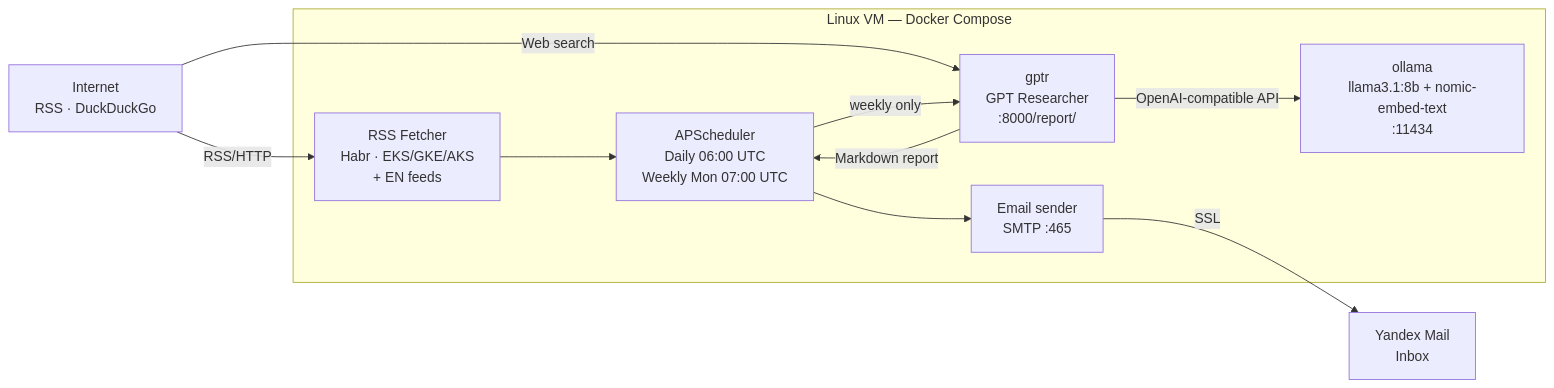
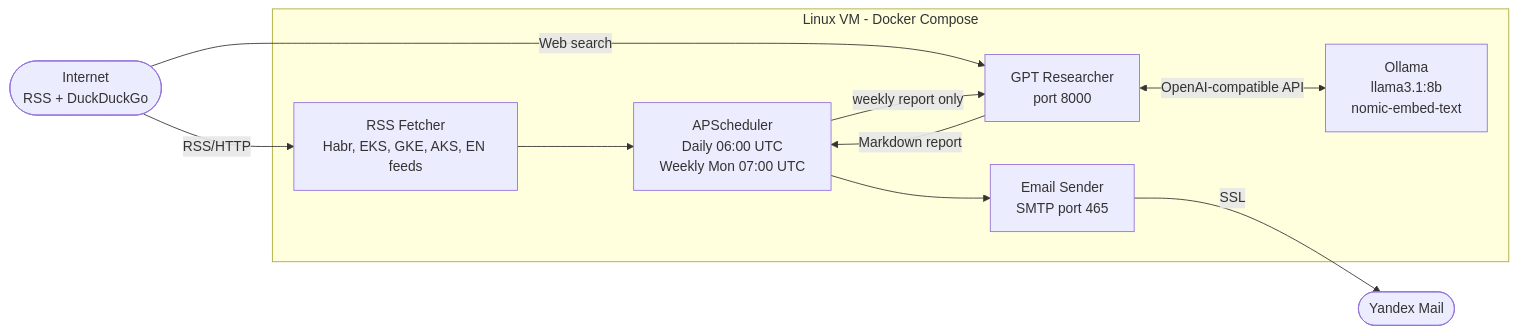
The diagram in README.md (SultankaReal/k8s-news-bot), drawn with Mermaid before and after one commit. The commit also changed 1 other file, not shown here.

Commit message:
fix: Mermaid diagram syntax, update model to llama3.1:8b in env.example
- README: replace special Unicode chars (middle dot, em dash) with ASCII
  equivalents — they caused 'Unable to render rich display' in GitHub Mermaid;
  use <br/> for line breaks instead of \n
- .env.example: mistral:7b -> llama3.1:8b in FAST_LLM, SMART_LLM, STRATEGIC_LLM
  and comment

````diff
--- a/README.md
+++ b/README.md
@@ -15,23 +15,23 @@
 ```mermaid
 flowchart LR
-    Internet["Internet\nRSS · DuckDuckGo"]
+    Internet(["Internet<br/>RSS + DuckDuckGo"])
 
-    subgraph VM["Linux VM — Docker Compose"]
-        RSS["RSS Fetcher\nHabr · EKS/GKE/AKS\n+ EN feeds"]
-        Sched["APScheduler\nDaily 06:00 UTC\nWeekly Mon 07:00 UTC"]
-        GPTR["gptr\nGPT Researcher\n:8000/report/"]
-        Ollama["ollama\nllama3.1:8b + nomic-embed-text\n:11434"]
-        EMail["Email sender\nSMTP :465"]
+    subgraph VM["Linux VM - Docker Compose"]
+        RSS["RSS Fetcher<br/>Habr, EKS, GKE, AKS, EN feeds"]
+        Sched["APScheduler<br/>Daily 06:00 UTC<br/>Weekly Mon 07:00 UTC"]
+        GPTR["GPT Researcher<br/>port 8000"]
+        Ollama["Ollama<br/>llama3.1:8b<br/>nomic-embed-text"]
+        Mail["Email Sender<br/>SMTP port 465"]
     end
 
-    YaMail["Yandex Mail\nInbox"]
+    YaMail(["Yandex Mail"])
 
-    Internet -->|RSS/HTTP| RSS
-    Internet -->|Web search| GPTR
+    Internet -->|"RSS/HTTP"| RSS
+    Internet -->|"Web search"| GPTR
     RSS --> Sched
-    Sched -->|weekly only| GPTR
-    GPTR -->|OpenAI-compatible API| Ollama
-    GPTR -->|Markdown report| Sched
-    Sched --> EMail
-    EMail -->|SSL| YaMail
+    Sched -->|"weekly report only"| GPTR
+    GPTR <-->|"OpenAI-compatible API"| Ollama
+    GPTR -->|"Markdown report"| Sched
+    Sched --> Mail
+    Mail -->|"SSL"| YaMail
 ```
````
